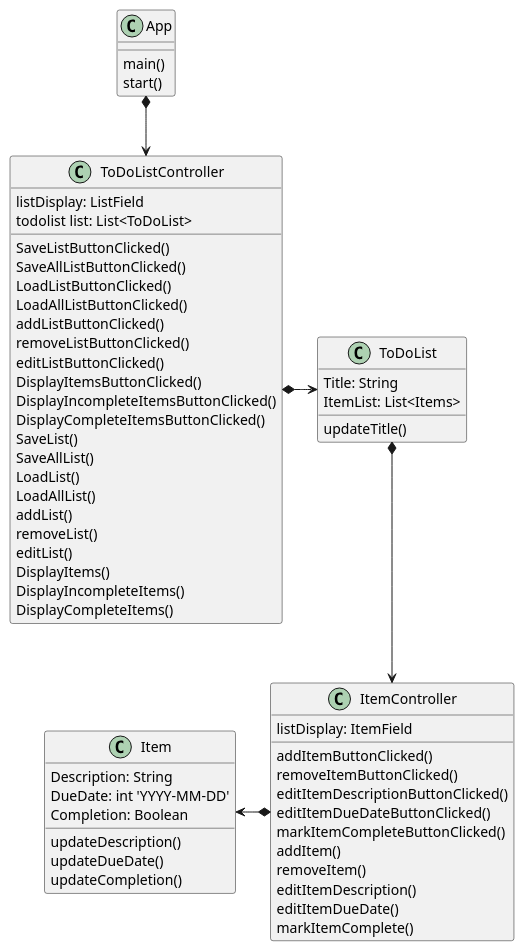
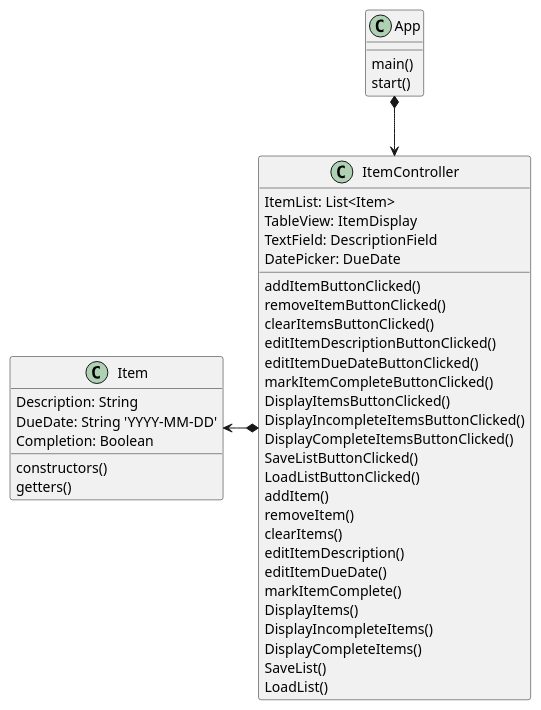
Before and after one commit to xFebreze/Dussuau-cop3330-assignment4: the diagram in uml/GUI_uml.puml, drawn with PlantUML. The commit also changed 10 other files, not shown here.

```diff
--- a/uml/GUI_uml.puml
+++ b/uml/GUI_uml.puml
@@ -1,69 +1,50 @@
 @startuml
 'https://plantuml.com/class-diagram
 
 class App{
     main()
     start()
 }
 
-class ToDoListController{
-    listDisplay: ListField
-    todolist list: List<ToDoList>
-
-    SaveListButtonClicked()
-    SaveAllListButtonClicked()
-    LoadListButtonClicked()
-    LoadAllListButtonClicked()
-    addListButtonClicked()
-    removeListButtonClicked()
-    editListButtonClicked()
+class ItemController{
+    ItemList: List<Item>
+    TableView: ItemDisplay
+    TextField: DescriptionField
+    DatePicker: DueDate
+    addItemButtonClicked()
+    removeItemButtonClicked()
+    clearItemsButtonClicked()
+    editItemDescriptionButtonClicked()
+    editItemDueDateButtonClicked()
+    markItemCompleteButtonClicked()
     DisplayItemsButtonClicked()
     DisplayIncompleteItemsButtonClicked()
     DisplayCompleteItemsButtonClicked()
-    SaveList()
-    SaveAllList()
-    LoadList()
-    LoadAllList()
-    addList()
-    removeList()
-    editList()
+    SaveListButtonClicked()
+    LoadListButtonClicked()
+    addItem()
+    removeItem()
+    clearItems()
+    editItemDescription()
+    editItemDueDate()
+    markItemComplete()
     DisplayItems()
     DisplayIncompleteItems()
     DisplayCompleteItems()
-}
-
-class ItemController{
-    listDisplay: ItemField
-    addItemButtonClicked()
-    removeItemButtonClicked()
-    editItemDescriptionButtonClicked()
-    editItemDueDateButtonClicked()
-    markItemCompleteButtonClicked()
-    addItem()
-    removeItem()
-    editItemDescription()
-    editItemDueDate()
-    markItemComplete()
-}
-
-class ToDoList{
-    Title: String
-    ItemList: List<Items>
-    updateTitle()
+    SaveList()
+    LoadList()
 }
 
 class Item{
     Description: String
-    DueDate: int 'YYYY-MM-DD'
+    DueDate: String 'YYYY-MM-DD'
     Completion: Boolean
-    updateDescription()
-    updateDueDate()
-    updateCompletion()
+    constructors()
+    getters()
 }
 
 Item <-* ItemController
-ToDoListController *-> ToDoList
-App *--> ToDoListController
-ToDoList *--> ItemController
+App *--> ItemController
+
 
 @enduml
```
